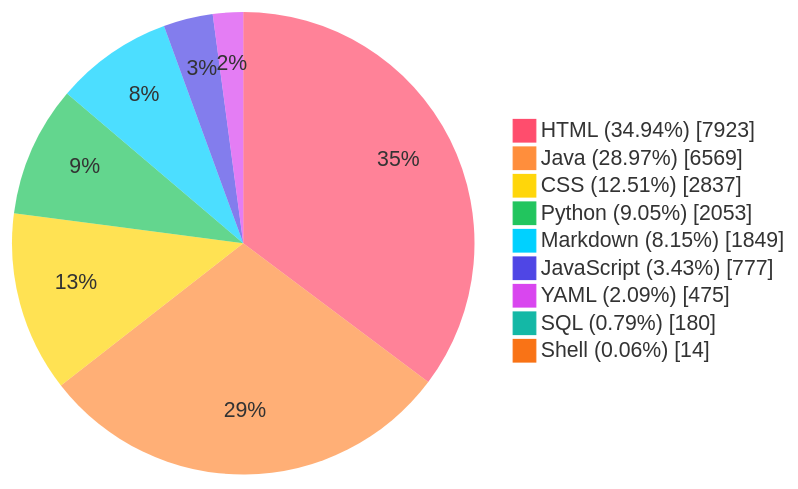
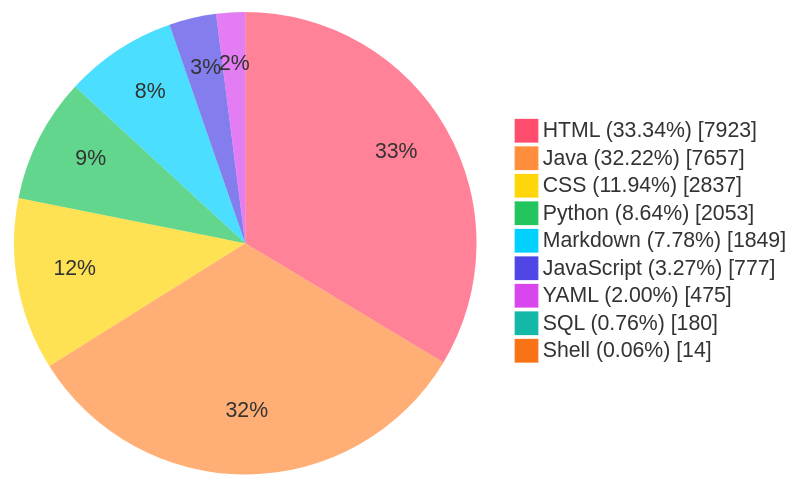
Before and after one commit to TheBadRoger/BUCT-Teaching-Aids: the diagram in README.md, drawn with Mermaid. The commit also changed other lines of this file and 2 other files, not shown here.

Commit message:
chore(stats): auto update README metrics

````diff
--- a/README.md
+++ b/README.md
@@ -40,28 +40,28 @@
 ```mermaid
 %%{init: {'theme':'base','themeVariables': {
   'fontFamily': 'Fira Code, JetBrains Mono, Source Code Pro, Cascadia Code, Menlo, Consolas, monospace',
   'pieStrokeColor': 'transparent',
   'pieStrokeWidth': '0px',
   'pieOuterStrokeWidth': '0px',
   'pie1': '#FF4D6D',
   'pie2': '#FF8E3C',
   'pie3': '#FFD60A',
   'pie4': '#22C55E',
   'pie5': '#00D1FF',
   'pie6': '#4F46E5',
   'pie7': '#D946EF',
   'pie8': '#14B8A6',
   'pie9': '#F97316',
   'pie10': '#A855F7'
 }}}%%
 pie showData
-    "HTML (34.94%)" : 7923
-    "Java (28.97%)" : 6569
-    "CSS (12.51%)" : 2837
-    "Python (9.05%)" : 2053
-    "Markdown (8.15%)" : 1849
-    "JavaScript (3.43%)" : 777
-    "YAML (2.09%)" : 475
-    "SQL (0.79%)" : 180
+    "HTML (33.34%)" : 7923
+    "Java (32.22%)" : 7657
+    "CSS (11.94%)" : 2837
+    "Python (8.64%)" : 2053
+    "Markdown (7.78%)" : 1849
+    "JavaScript (3.27%)" : 777
+    "YAML (2.00%)" : 475
+    "SQL (0.76%)" : 180
     "Shell (0.06%)" : 14
 ```
````
